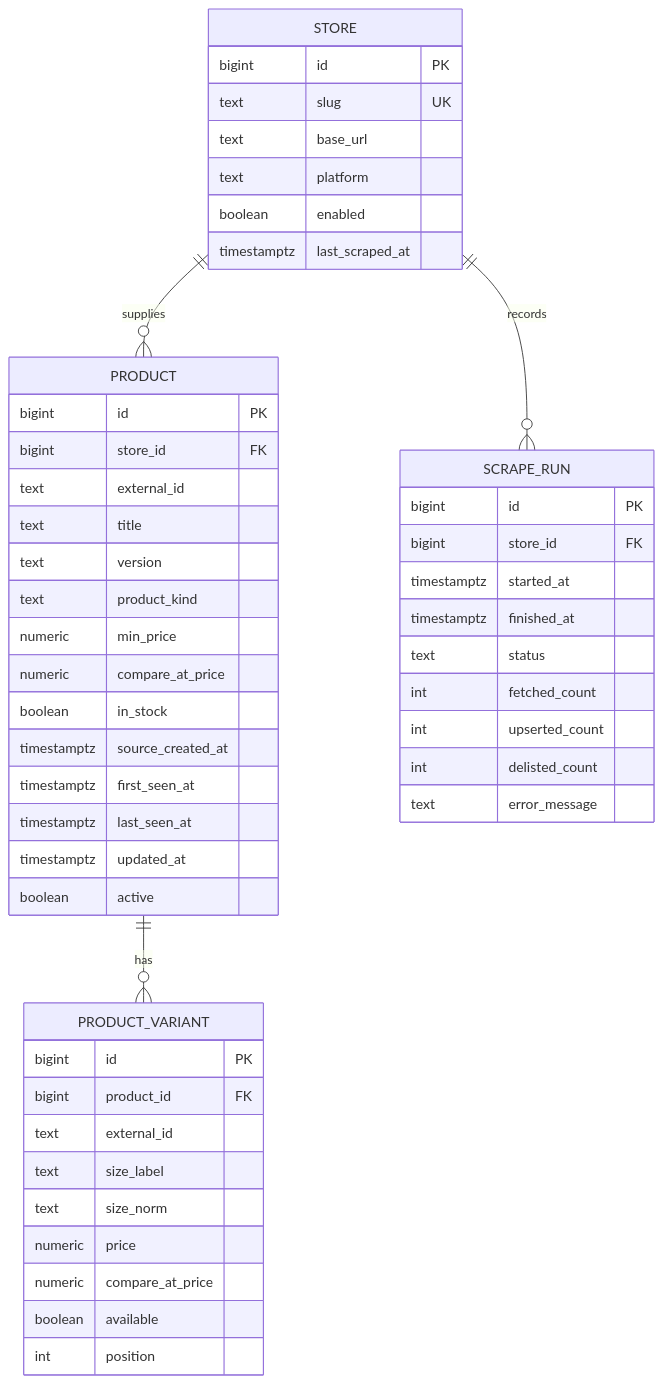
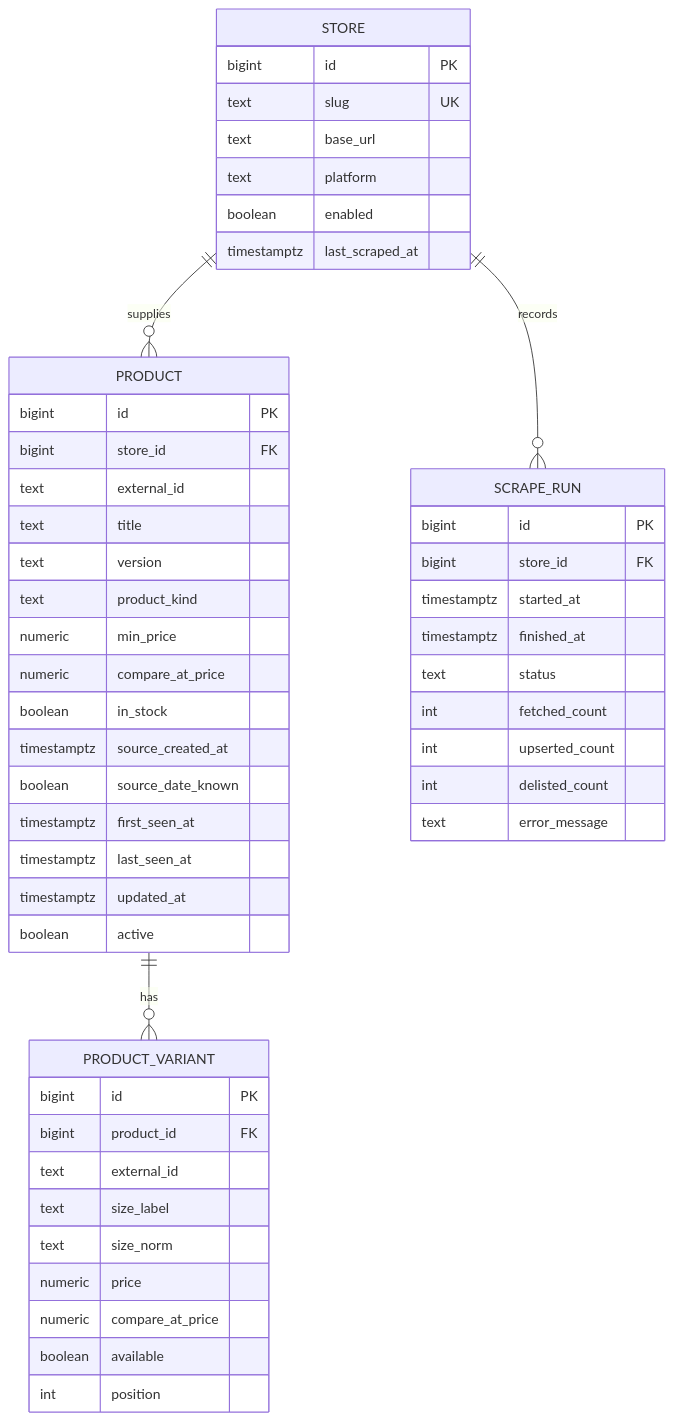
The second of 3 diagrams in docs/ARCHITECTURE.md (kartik6/kitradar), drawn with Mermaid before and after one commit. The commit also changed other lines of this file and 2 other files, not shown here.

````diff
--- a/docs/ARCHITECTURE.md
+++ b/docs/ARCHITECTURE.md
@@ -62,53 +62,54 @@
 ```mermaid
 erDiagram
     STORE ||--o{ PRODUCT : supplies
     PRODUCT ||--o{ PRODUCT_VARIANT : has
     STORE ||--o{ SCRAPE_RUN : records
 
     STORE {
       bigint id PK
       text slug UK
       text base_url
       text platform
       boolean enabled
       timestamptz last_scraped_at
     }
     PRODUCT {
       bigint id PK
       bigint store_id FK
       text external_id
       text title
       text version
       text product_kind
       numeric min_price
       numeric compare_at_price
       boolean in_stock
       timestamptz source_created_at
+      boolean source_date_known
       timestamptz first_seen_at
       timestamptz last_seen_at
       timestamptz updated_at
       boolean active
     }
     PRODUCT_VARIANT {
       bigint id PK
       bigint product_id FK
       text external_id
       text size_label
       text size_norm
       numeric price
       numeric compare_at_price
       boolean available
       int position
     }
     SCRAPE_RUN {
       bigint id PK
       bigint store_id FK
       timestamptz started_at
       timestamptz finished_at
       text status
       int fetched_count
       int upserted_count
       int delisted_count
       text error_message
     }
 ```
````
